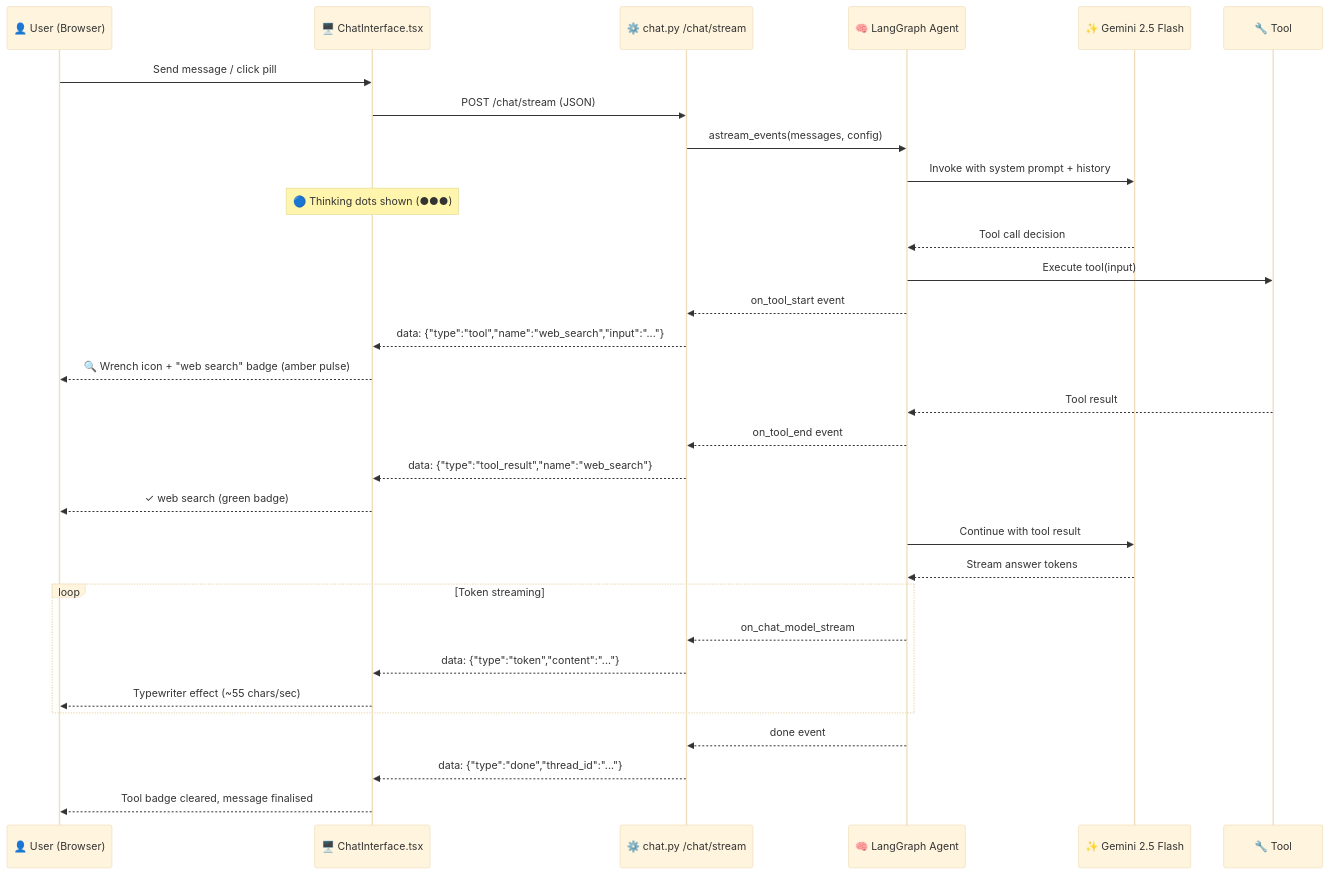
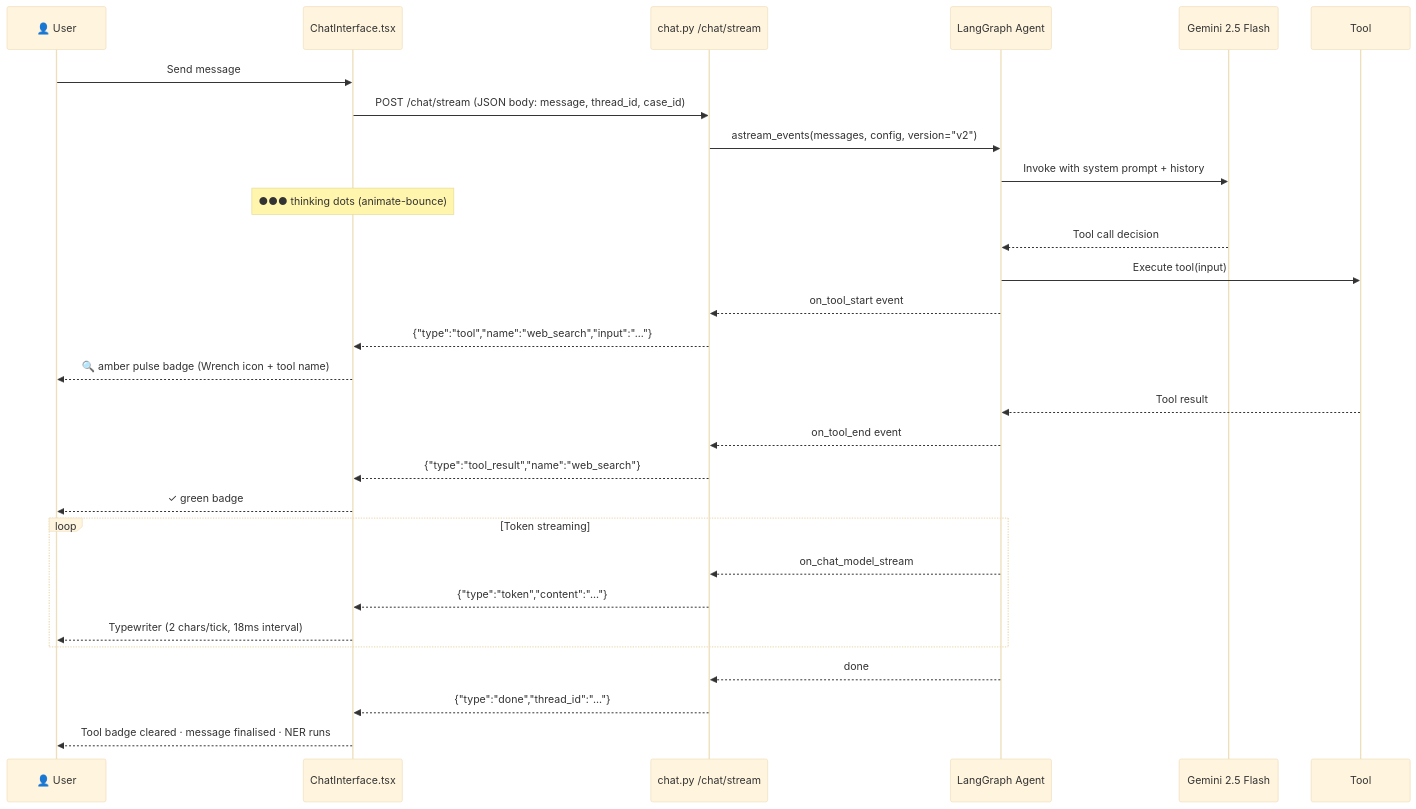
One commit to RAJ-ARYAN-NITK/bakerStreet221B.ai changed the third of 5 diagrams in README.md. Above: the diagram before and after it, drawn with Mermaid (base theme). The commit also changed other lines of this file and 5 other files, not shown here.

Commit message:
implement welcome modal and onboarding sequence with expanded system architecture documentation

````diff
--- a/README.md
+++ b/README.md
@@ -116,41 +115,37 @@
 ```mermaid
 sequenceDiagram
-    participant U as 👤 User (Browser)
-    participant FE as 🖥️ ChatInterface.tsx
-    participant BE as ⚙️ chat.py /chat/stream
-    participant AG as 🧠 LangGraph Agent
-    participant LLM as ✨ Gemini 2.5 Flash
-    participant TL as 🔧 Tool
+    participant U as 👤 User
+    participant FE as ChatInterface.tsx
+    participant BE as chat.py /chat/stream
+    participant AG as LangGraph Agent
+    participant LLM as Gemini 2.5 Flash
+    participant TL as Tool
 
-    U->>FE: Send message / click pill
-    FE->>BE: POST /chat/stream (JSON)
-    BE->>AG: astream_events(messages, config)
+    U->>FE: Send message
+    FE->>BE: POST /chat/stream (JSON body: message, thread_id, case_id)
+    BE->>AG: astream_events(messages, config, version="v2")
     AG->>LLM: Invoke with system prompt + history
 
-    Note over FE: 🔵 Thinking dots shown (●●●)
+    Note over FE: ●●● thinking dots (animate-bounce)
 
     LLM-->>AG: Tool call decision
     AG->>TL: Execute tool(input)
-
     AG-->>BE: on_tool_start event
-    BE-->>FE: data: {"type":"tool","name":"web_search","input":"..."}
-    FE-->>U: 🔍 Wrench icon + "web search" badge (amber pulse)
+    BE-->>FE: {"type":"tool","name":"web_search","input":"..."}
+    FE-->>U: 🔍 amber pulse badge (Wrench icon + tool name)
 
     TL-->>AG: Tool result
     AG-->>BE: on_tool_end event
-    BE-->>FE: data: {"type":"tool_result","name":"web_search"}
-    FE-->>U: ✓ web search (green badge)
-
-    AG->>LLM: Continue with tool result
-    LLM-->>AG: Stream answer tokens
+    BE-->>FE: {"type":"tool_result","name":"web_search"}
+    FE-->>U: ✓ green badge
 
     loop Token streaming
         AG-->>BE: on_chat_model_stream
-        BE-->>FE: data: {"type":"token","content":"..."}
-        FE-->>U: Typewriter effect (~55 chars/sec)
+        BE-->>FE: {"type":"token","content":"..."}
+        FE-->>U: Typewriter (2 chars/tick, 18ms interval)
     end
 
-    AG-->>BE: done event
-    BE-->>FE: data: {"type":"done","thread_id":"..."}
-    FE-->>U: Tool badge cleared, message finalised
+    AG-->>BE: done
+    BE-->>FE: {"type":"done","thread_id":"..."}
+    FE-->>U: Tool badge cleared · message finalised · NER runs
 ```
````
